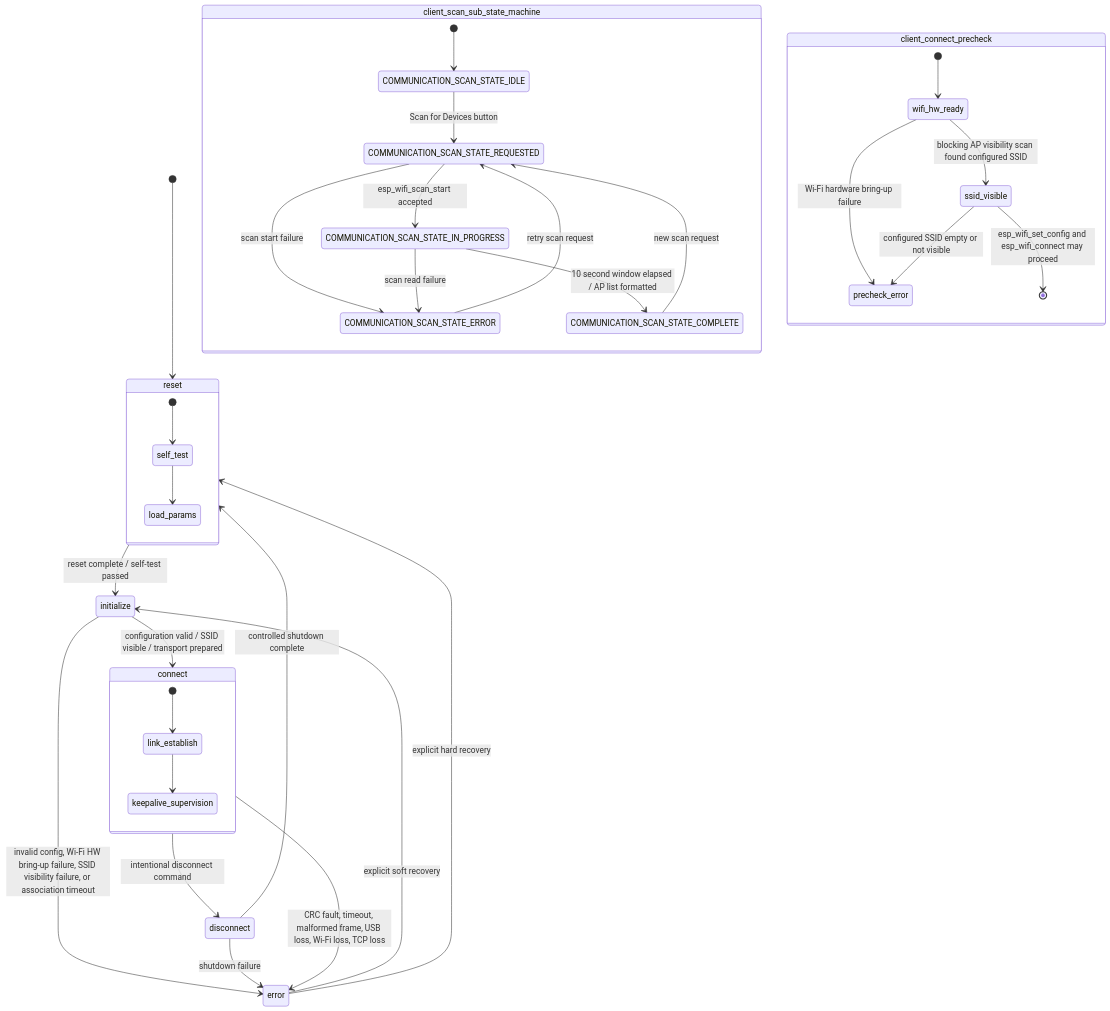
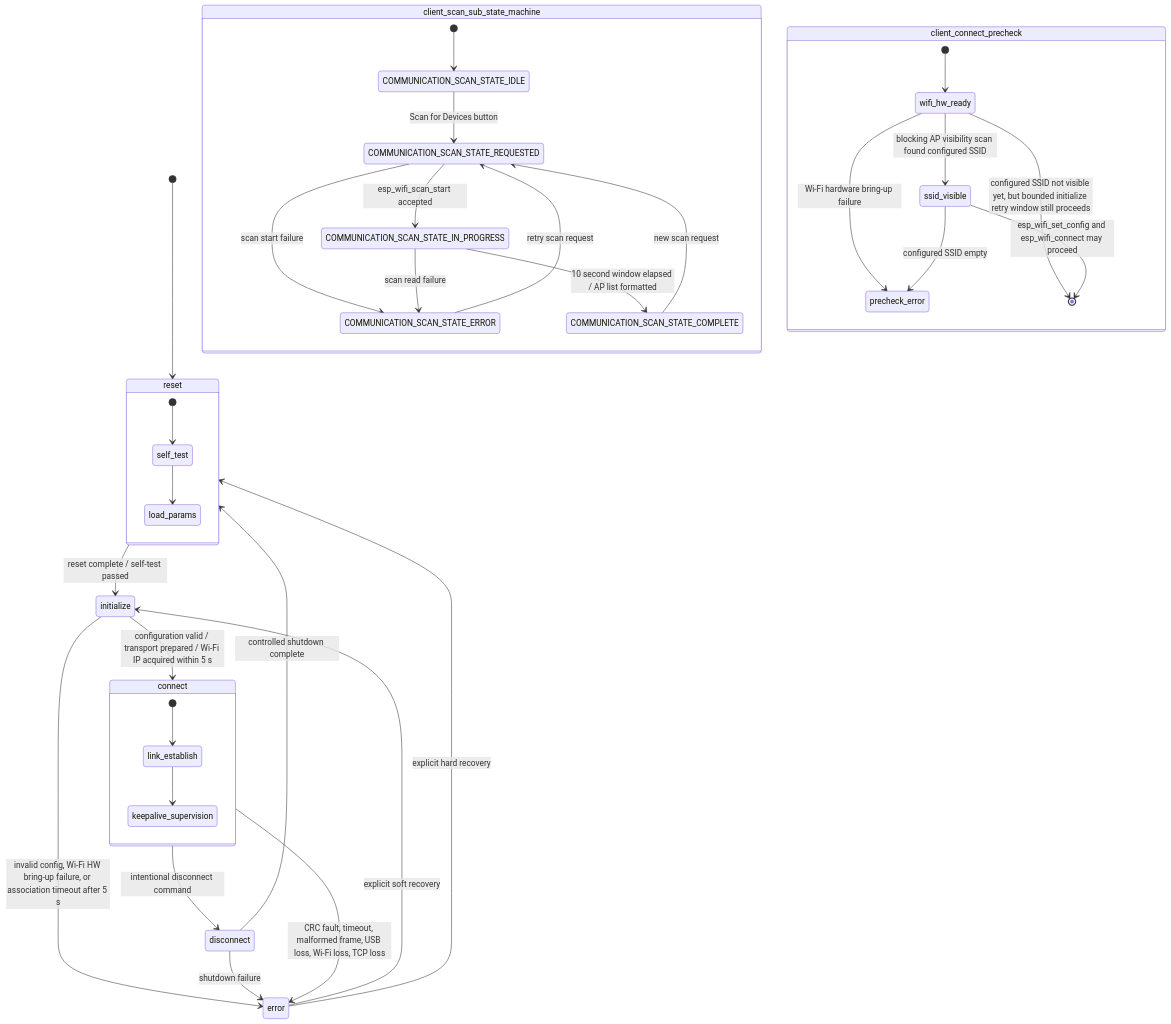
One commit to eyalglotman-collab/Gaggia_Client-ESP32-S3-Touch-LCD-4.3B-BOX changed the diagram in docs/architecture/transport_state_machine.mmd. Above: the diagram before and after it, drawn with Mermaid. The commit also changed 20 other files, not shown here.

```diff
--- a/docs/architecture/transport_state_machine.mmd
+++ b/docs/architecture/transport_state_machine.mmd
@@ -1,40 +1,41 @@
 stateDiagram-v2
     [*] --> reset
     reset --> initialize: reset complete / self-test passed
-    initialize --> connect: configuration valid / SSID visible / transport prepared
-    initialize --> error: invalid config, Wi-Fi HW bring-up failure, SSID visibility failure, or association timeout
+    initialize --> connect: configuration valid / transport prepared / Wi-Fi IP acquired within 5 s
+    initialize --> error: invalid config, Wi-Fi HW bring-up failure, or association timeout after 5 s
     connect --> disconnect: intentional disconnect command
     connect --> error: CRC fault, timeout, malformed frame, USB loss, Wi-Fi loss, TCP loss
     disconnect --> reset: controlled shutdown complete
     disconnect --> error: shutdown failure
     error --> reset: explicit hard recovery
     error --> initialize: explicit soft recovery
 
     state reset {
         [*] --> self_test
         self_test --> load_params
     }
 
     state connect {
         [*] --> link_establish
         link_establish --> keepalive_supervision
     }
 
     state "client_scan_sub_state_machine" as client_scan {
         [*] --> COMMUNICATION_SCAN_STATE_IDLE
         COMMUNICATION_SCAN_STATE_IDLE --> COMMUNICATION_SCAN_STATE_REQUESTED: Scan for Devices button
         COMMUNICATION_SCAN_STATE_REQUESTED --> COMMUNICATION_SCAN_STATE_IN_PROGRESS: esp_wifi_scan_start accepted
         COMMUNICATION_SCAN_STATE_REQUESTED --> COMMUNICATION_SCAN_STATE_ERROR: scan start failure
         COMMUNICATION_SCAN_STATE_IN_PROGRESS --> COMMUNICATION_SCAN_STATE_COMPLETE: 10 second window elapsed / AP list formatted
         COMMUNICATION_SCAN_STATE_IN_PROGRESS --> COMMUNICATION_SCAN_STATE_ERROR: scan read failure
         COMMUNICATION_SCAN_STATE_COMPLETE --> COMMUNICATION_SCAN_STATE_REQUESTED: new scan request
         COMMUNICATION_SCAN_STATE_ERROR --> COMMUNICATION_SCAN_STATE_REQUESTED: retry scan request
     }
 
     state "client_connect_precheck" as client_precheck {
         [*] --> wifi_hw_ready
         wifi_hw_ready --> ssid_visible: blocking AP visibility scan found configured SSID
         wifi_hw_ready --> precheck_error: Wi-Fi hardware bring-up failure
+        wifi_hw_ready --> [*]: configured SSID not visible yet, but bounded initialize retry window still proceeds
         ssid_visible --> [*]: esp_wifi_set_config and esp_wifi_connect may proceed
-        ssid_visible --> precheck_error: configured SSID empty or not visible
+        ssid_visible --> precheck_error: configured SSID empty
     }
```
